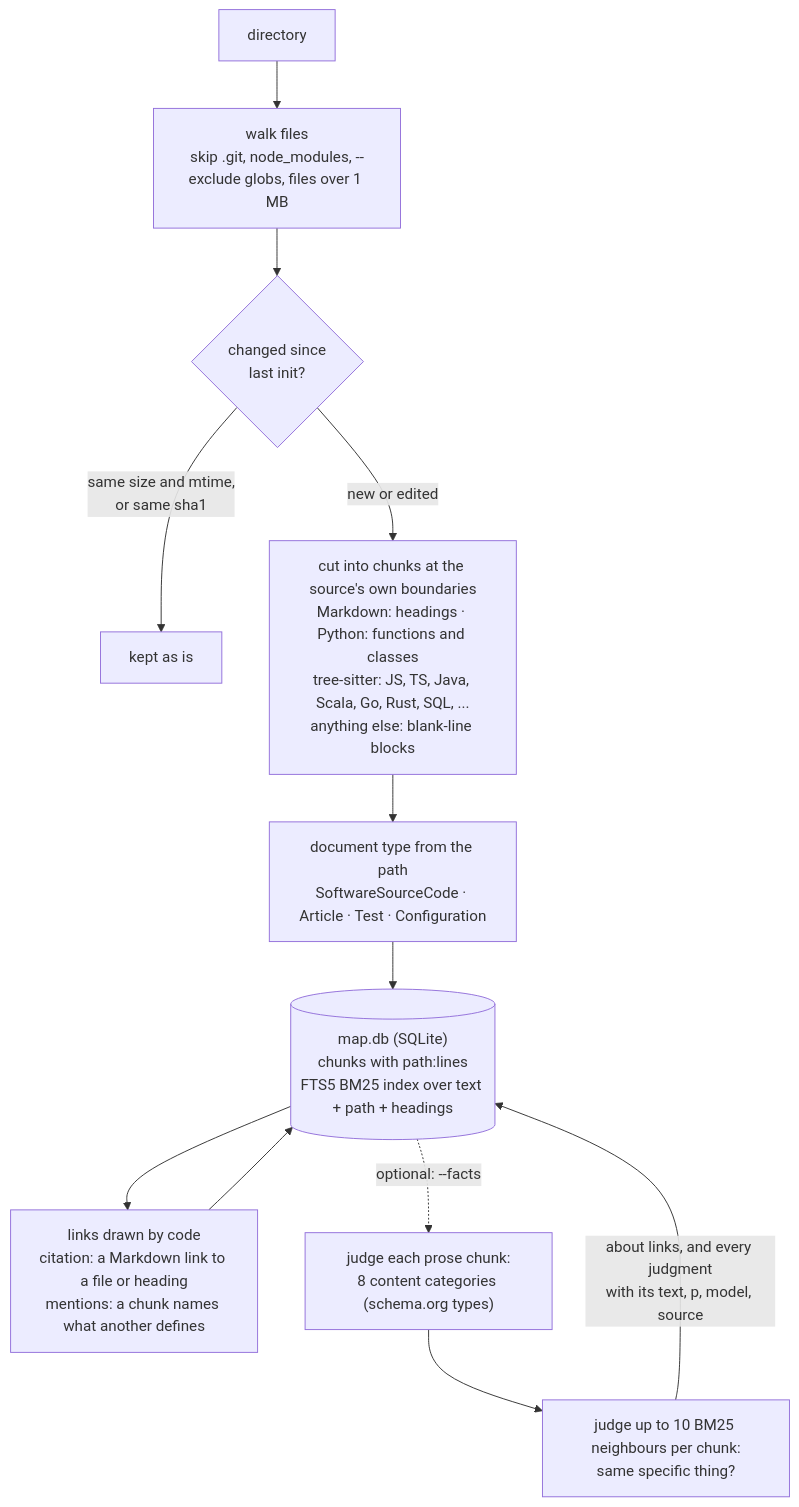
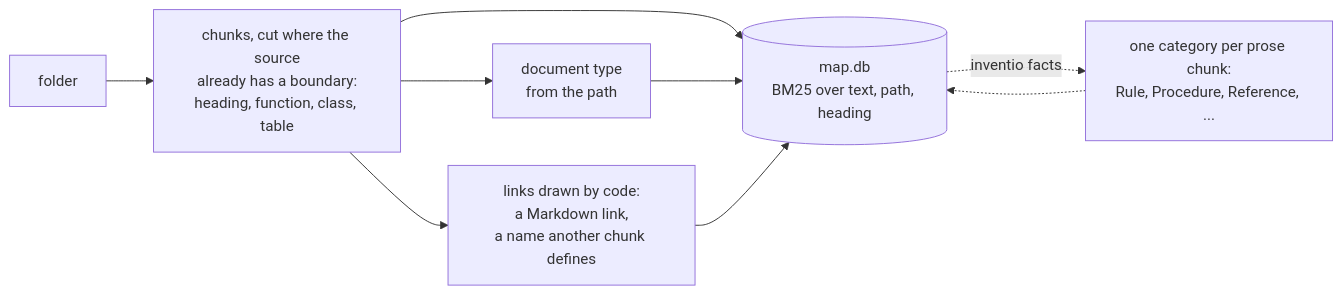
One commit to minhquan23102000/inventio changed the first of 2 diagrams in README.md. Above: the diagram before and after it, drawn with Mermaid. The commit also changed other lines of this file and 16 other files, not shown here.

Commit message:
dispositio: Laya fine-tuned on SWE-bench train and function categories, windowed long passages, concise README

````diff
--- a/README.md
+++ b/README.md
@@ -23,14 +39,8 @@
 ```mermaid
-flowchart TD
-    A["directory"] --> B["walk files<br/>skip .git, node_modules, --exclude globs, files over 1 MB"]
-    B --> C{"changed since<br/>last init?"}
-    C -- "same size and mtime,<br/>or same sha1" --> K["kept as is"]
-    C -- "new or edited" --> D["cut into chunks at the source's own boundaries<br/>Markdown: headings · Python: functions and classes<br/>tree-sitter: JS, TS, Java, Scala, Go, Rust, SQL, ...<br/>anything else: blank-line blocks"]
-    D --> E["document type from the path<br/>SoftwareSourceCode · Article · Test · Configuration"]
-    E --> F[("map.db (SQLite)<br/>chunks with path:lines<br/>FTS5 BM25 index over text + path + headings")]
-    F --> G["links drawn by code<br/>citation: a Markdown link to a file or heading<br/>mentions: a chunk names what another defines"]
-    G --> F
-    F -. "optional: --facts" .-> H["judge each prose chunk:<br/>8 content categories (schema.org types)"]
-    H --> I["judge up to 10 BM25 neighbours per chunk:<br/>same specific thing?"]
-    I -- "about links, and every judgment<br/>with its text, p, model, source" --> F
+flowchart LR
+    D["folder"] --> C["chunks, cut where the source<br/>already has a boundary:<br/>heading, function, class, table"]
+    C --> M[("map.db<br/>BM25 over text, path, heading")]
+    C --> T["document type<br/>from the path"] --> M
+    C --> L["links drawn by code:<br/>a Markdown link,<br/>a name another chunk defines"] --> M
+    M -. "inventio facts" .-> F["one category per prose chunk:<br/>Rule, Procedure, Reference, ..."] -.-> M
 ```
````
